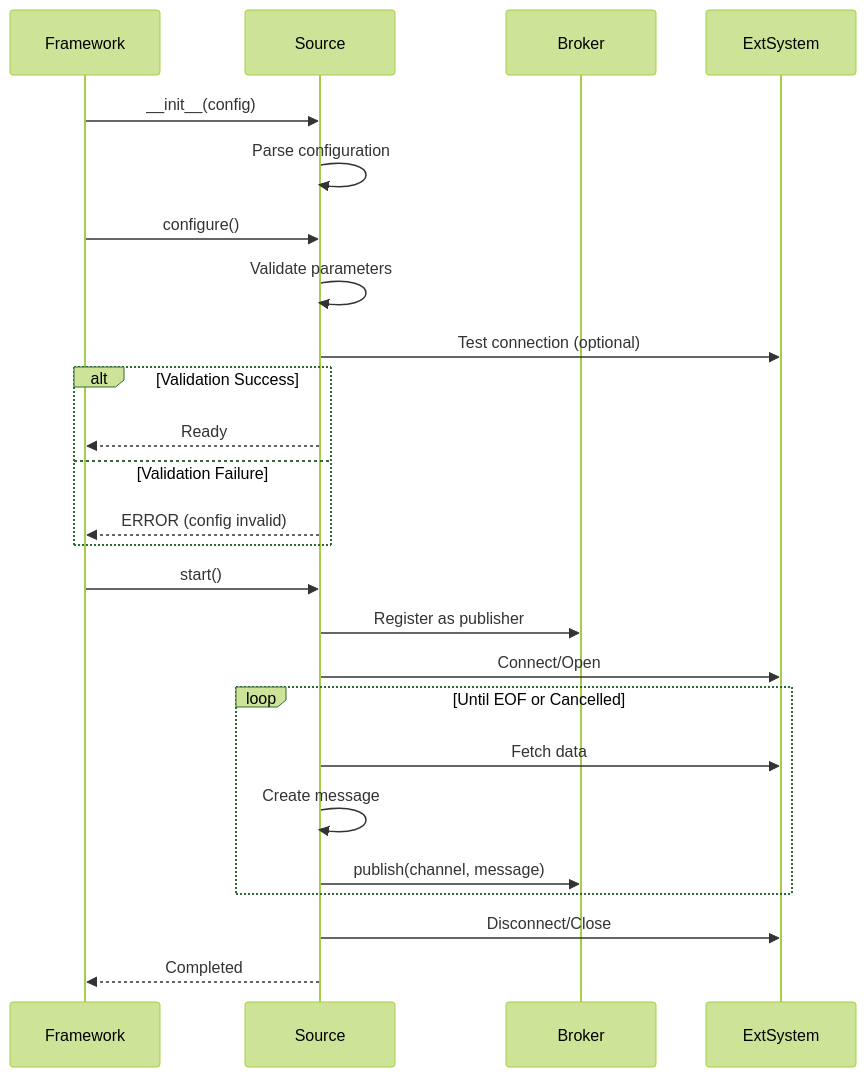
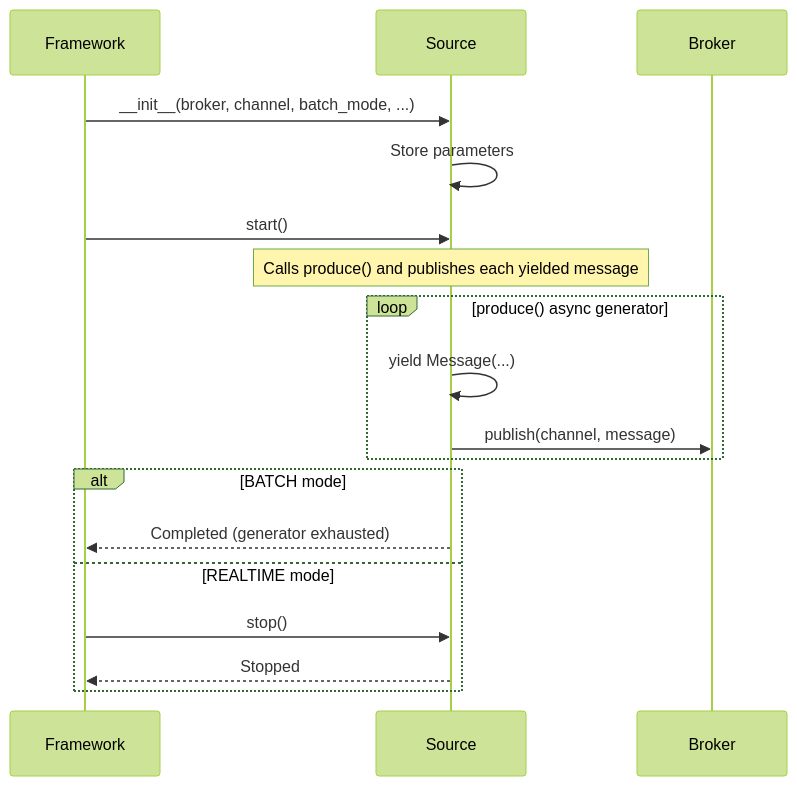
Before and after one commit to edgemind-sas/cod3s-data: the fifth of 5 diagrams in docs/specifications/FUNCTIONAL_SPECIFICATION/04-SOURCES.md, drawn with Mermaid (forest theme). The commit also changed other lines of this file and 15 other files, not shown here.

````diff
--- a/docs/specifications/FUNCTIONAL_SPECIFICATION/04-SOURCES.md
+++ b/docs/specifications/FUNCTIONAL_SPECIFICATION/04-SOURCES.md
@@ -266,33 +222,24 @@
 ```mermaid
 sequenceDiagram
     participant Framework
     participant Source
     participant Broker
-    participant ExtSystem
 
-    Framework->>Source: __init__(config)
-    Source->>Source: Parse configuration
-
-    Framework->>Source: configure()
-    Source->>Source: Validate parameters
-    Source->>ExtSystem: Test connection (optional)
-
-    alt Validation Success
-        Source-->>Framework: Ready
-    else Validation Failure
-        Source-->>Framework: ERROR (config invalid)
-    end
+    Framework->>Source: __init__(broker, channel, batch_mode, ...)
+    Source->>Source: Store parameters
 
     Framework->>Source: start()
-    Source->>Broker: Register as publisher
-    Source->>ExtSystem: Connect/Open
+    Note over Source: Calls produce() and publishes each yielded message
 
-    loop Until EOF or Cancelled
-        Source->>ExtSystem: Fetch data
-        Source->>Source: Create message
+    loop produce() async generator
+        Source->>Source: yield Message(...)
         Source->>Broker: publish(channel, message)
     end
 
-    Source->>ExtSystem: Disconnect/Close
-    Source-->>Framework: Completed
+    alt BATCH mode
+        Source-->>Framework: Completed (generator exhausted)
+    else REALTIME mode
+        Framework->>Source: stop()
+        Source-->>Framework: Stopped
+    end
 ```
````
